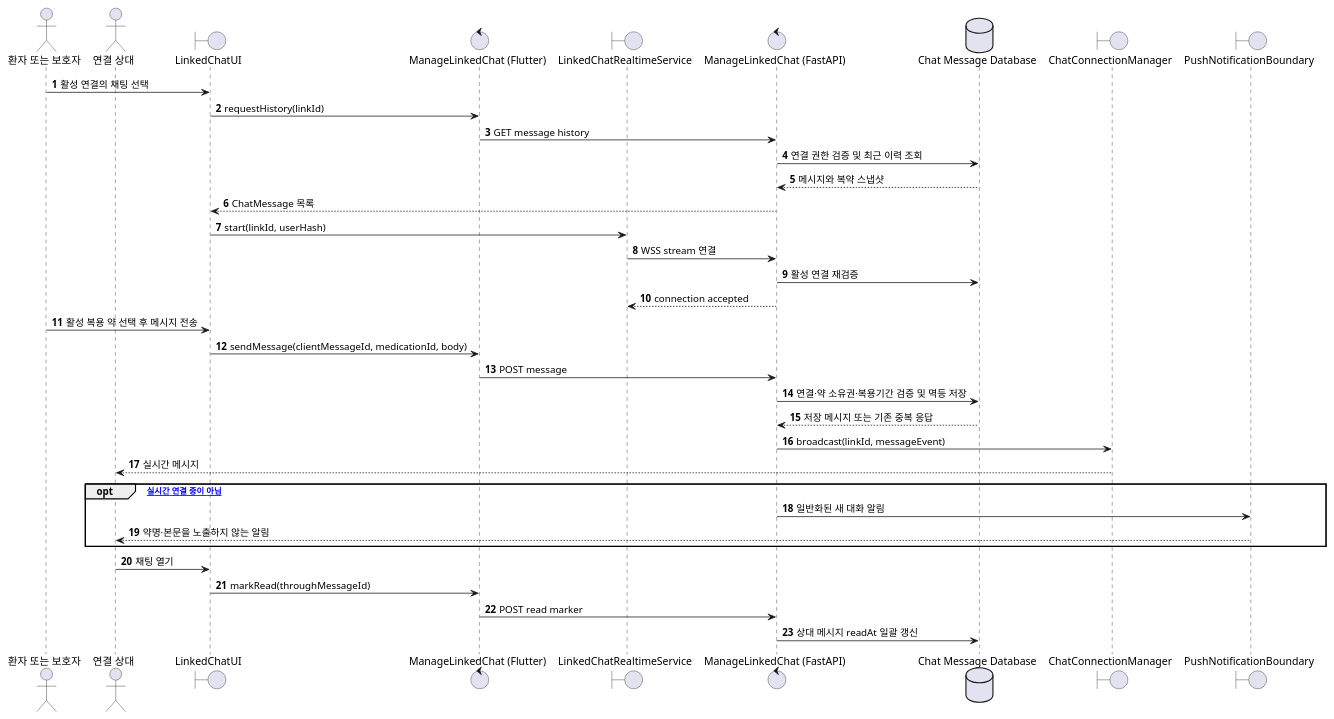
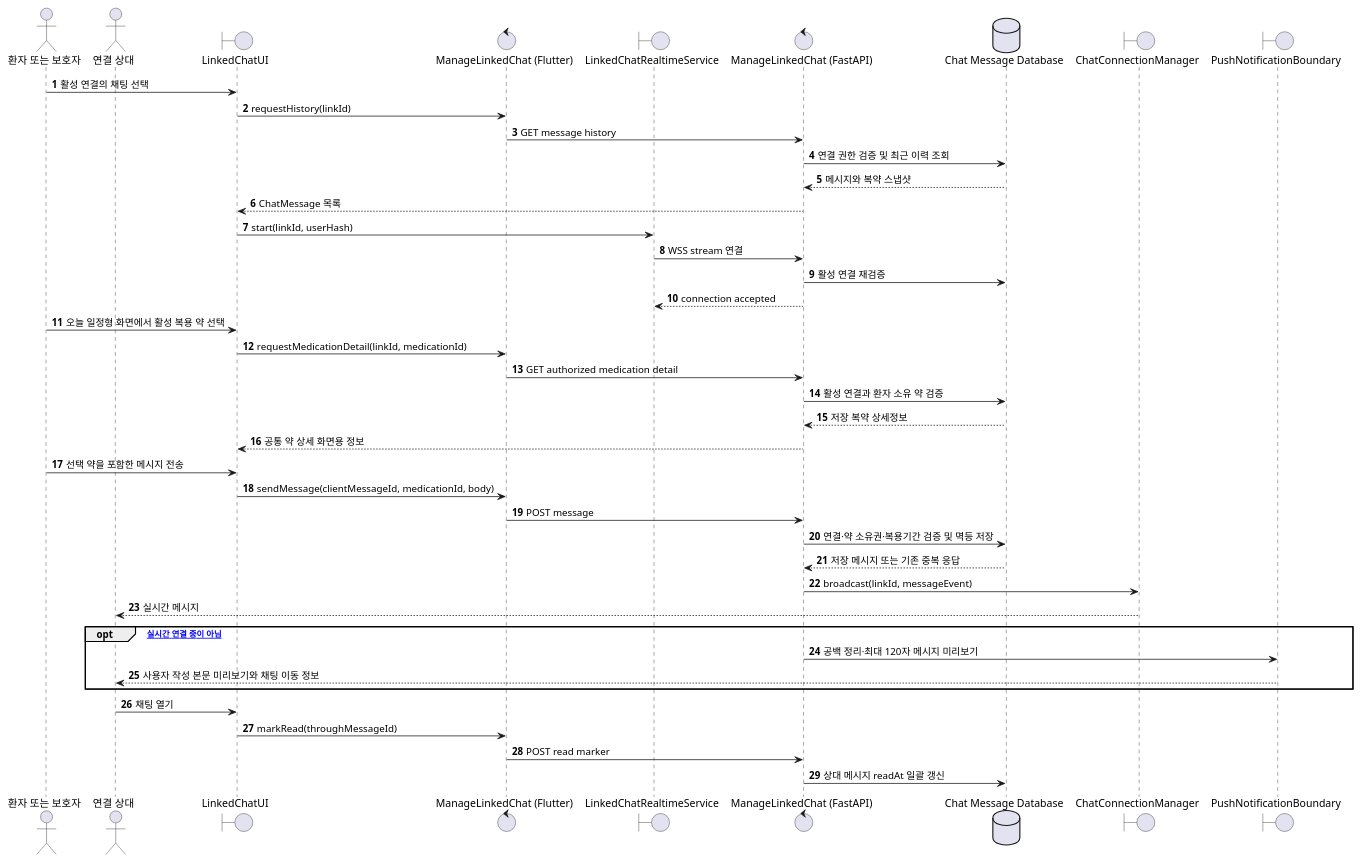
The tenth of 10 diagrams in docs/MedBuddy - Sequence Diagrams.md (1window2/MedBuddy), drawn with PlantUML before and after one commit. The commit also changed other lines of this file and 9 other files, not shown here.

````diff
--- a/docs/MedBuddy - Sequence Diagrams.md
+++ b/docs/MedBuddy - Sequence Diagrams.md
@@ -1131,41 +1133,47 @@
 ```plantuml
 @startuml SD10_Linked_Medication_Chat
 autonumber
 actor "환자 또는 보호자" as User
 actor "연결 상대" as Peer
 boundary "LinkedChatUI" as UI
 control "ManageLinkedChat (Flutter)" as FE
 boundary "LinkedChatRealtimeService" as Realtime
 control "ManageLinkedChat (FastAPI)" as BE
 database "Chat Message Database" as DB
 boundary "ChatConnectionManager" as Connections
 boundary "PushNotificationBoundary" as Push
 
 User -> UI : 활성 연결의 채팅 선택
 UI -> FE : requestHistory(linkId)
 FE -> BE : GET message history
 BE -> DB : 연결 권한 검증 및 최근 이력 조회
 DB --> BE : 메시지와 복약 스냅샷
 BE --> UI : ChatMessage 목록
 UI -> Realtime : start(linkId, userHash)
 Realtime -> BE : WSS stream 연결
 BE -> DB : 활성 연결 재검증
 BE --> Realtime : connection accepted
 
-User -> UI : 활성 복용 약 선택 후 메시지 전송
+User -> UI : 오늘 일정형 화면에서 활성 복용 약 선택
+UI -> FE : requestMedicationDetail(linkId, medicationId)
+FE -> BE : GET authorized medication detail
+BE -> DB : 활성 연결과 환자 소유 약 검증
+DB --> BE : 저장 복약 상세정보
+BE --> UI : 공통 약 상세 화면용 정보
+User -> UI : 선택 약을 포함한 메시지 전송
 UI -> FE : sendMessage(clientMessageId, medicationId, body)
 FE -> BE : POST message
 BE -> DB : 연결·약 소유권·복용기간 검증 및 멱등 저장
 DB --> BE : 저장 메시지 또는 기존 중복 응답
 BE -> Connections : broadcast(linkId, messageEvent)
 Connections --> Peer : 실시간 메시지
 opt [상대가 실시간 연결 중이 아님]
-  BE -> Push : 일반화된 새 대화 알림
-  Push --> Peer : 약명·본문을 노출하지 않는 알림
+  BE -> Push : 공백 정리·최대 120자 메시지 미리보기
+  Push --> Peer : 사용자 작성 본문 미리보기와 채팅 이동 정보
 end
 Peer -> UI : 채팅 열기
 UI -> FE : markRead(throughMessageId)
 FE -> BE : POST read marker
 BE -> DB : 상대 메시지 readAt 일괄 갱신
 @enduml
 ```
````
